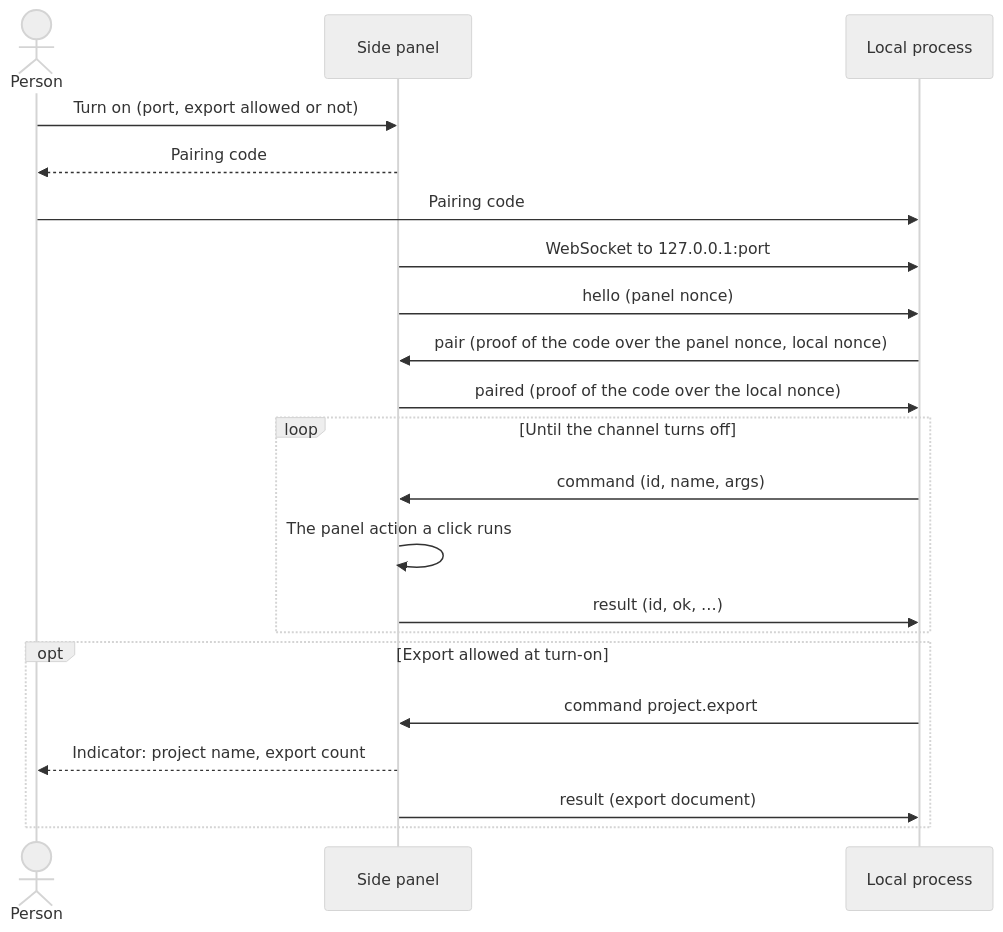
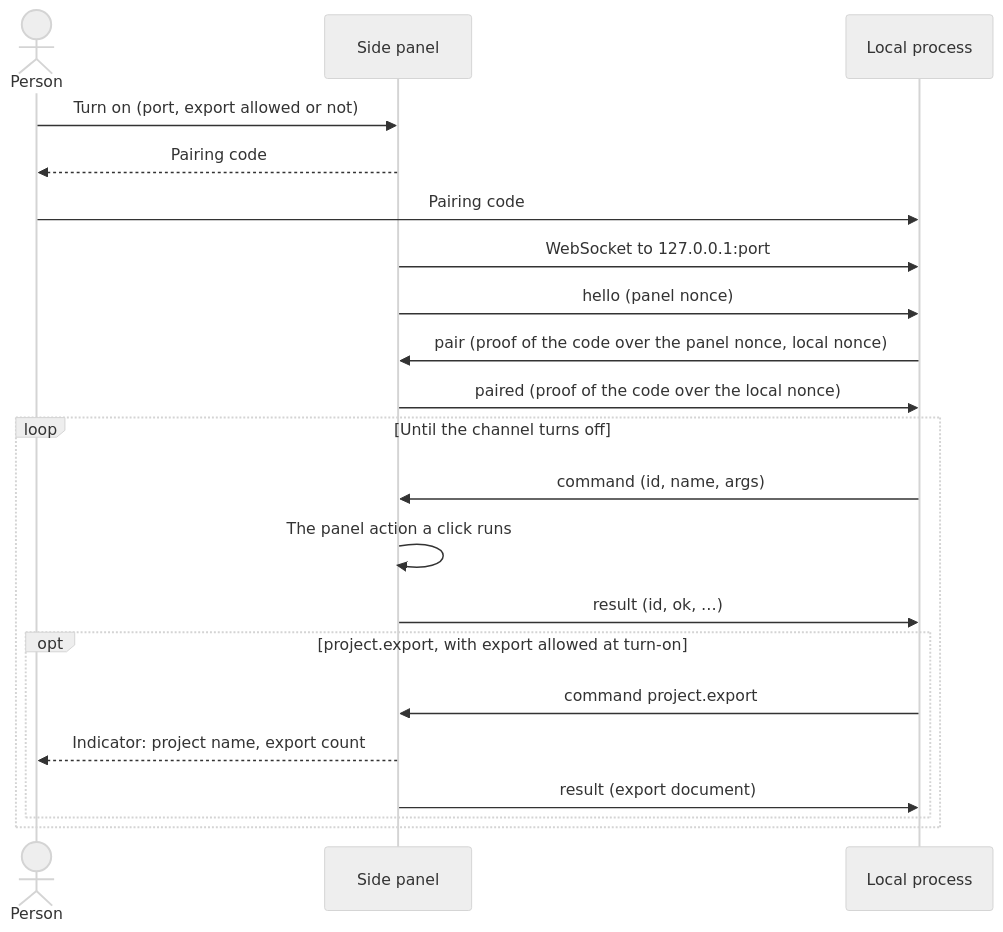
Before and after one commit to Arsarneq/docent: the diagram in docs/api/control-channel.md, drawn with Mermaid (neutral theme). The commit also changed other lines of this file and 5 other files, not shown here.

Commit message:
State where the local process listens and pin the export's no-dialog rule

````diff
--- a/docs/api/control-channel.md
+++ b/docs/api/control-channel.md
@@ -37,24 +37,24 @@
 ```mermaid
 sequenceDiagram
     actor Person
     participant Panel as Side panel
     participant Local as Local process
 
     Person->>Panel: Turn on (port, export allowed or not)
     Panel-->>Person: Pairing code
     Person->>Local: Pairing code
     Panel->>Local: WebSocket to 127.0.0.1:port
     Panel->>Local: hello (panel nonce)
     Local->>Panel: pair (proof of the code over the panel nonce, local nonce)
     Panel->>Local: paired (proof of the code over the local nonce)
     loop Until the channel turns off
         Local->>Panel: command (id, name, args)
         Panel->>Panel: The panel action a click runs
         Panel->>Local: result (id, ok, …)
-    end
-    opt Export allowed at turn-on
-        Local->>Panel: command project.export
-        Panel-->>Person: Indicator: project name, export count
-        Panel->>Local: result (export document)
+        opt project.export, with export allowed at turn-on
+            Local->>Panel: command project.export
+            Panel-->>Person: Indicator: project name, export count
+            Panel->>Local: result (export document)
+        end
     end
 ```
````
